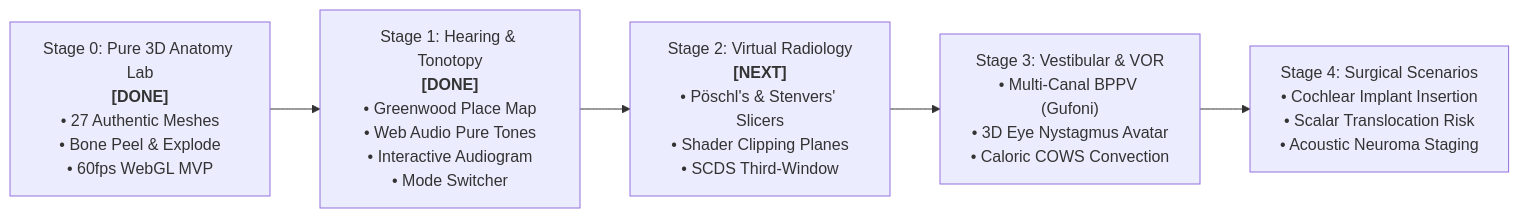
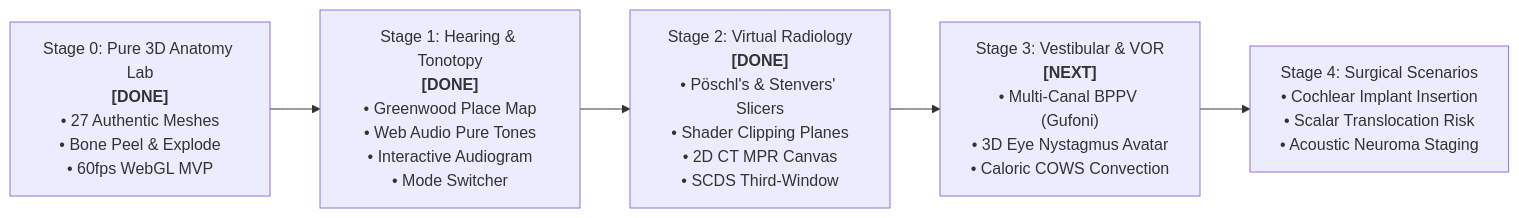
The diagram in ROADMAP.md (UMCai/inner-ear-3d-lab), drawn with Mermaid before and after one commit. The commit also changed other lines of this file and 23 other files, not shown here.

First line of the commit message:
feat(radiology): implement Stage 2 virtual temporal bone radiology and SCDS simulation

````diff
--- a/ROADMAP.md
+++ b/ROADMAP.md
@@ -11,8 +11,8 @@
 ```mermaid
 flowchart LR
     S0["Stage 0: Pure 3D Anatomy Lab<br/><b>[DONE]</b><br/>• 27 Authentic Meshes<br/>• Bone Peel & Explode<br/>• 60fps WebGL MVP"] 
     --> S1["Stage 1: Hearing & Tonotopy<br/><b>[DONE]</b><br/>• Greenwood Place Map<br/>• Web Audio Pure Tones<br/>• Interactive Audiogram<br/>• Mode Switcher"]
-    --> S2["Stage 2: Virtual Radiology<br/><b>[NEXT]</b><br/>• Pöschl's & Stenvers' Slicers<br/>• Shader Clipping Planes<br/>• SCDS Third-Window"]
-    --> S3["Stage 3: Vestibular & VOR<br/>• Multi-Canal BPPV (Gufoni)<br/>• 3D Eye Nystagmus Avatar<br/>• Caloric COWS Convection"]
+    --> S2["Stage 2: Virtual Radiology<br/><b>[DONE]</b><br/>• Pöschl's & Stenvers' Slicers<br/>• Shader Clipping Planes<br/>• 2D CT MPR Canvas<br/>• SCDS Third-Window"]
+    --> S3["Stage 3: Vestibular & VOR<br/><b>[NEXT]</b><br/>• Multi-Canal BPPV (Gufoni)<br/>• 3D Eye Nystagmus Avatar<br/>• Caloric COWS Convection"]
     --> S4["Stage 4: Surgical Scenarios<br/>• Cochlear Implant Insertion<br/>• Scalar Translocation Risk<br/>• Acoustic Neuroma Staging"]
 ```
````
